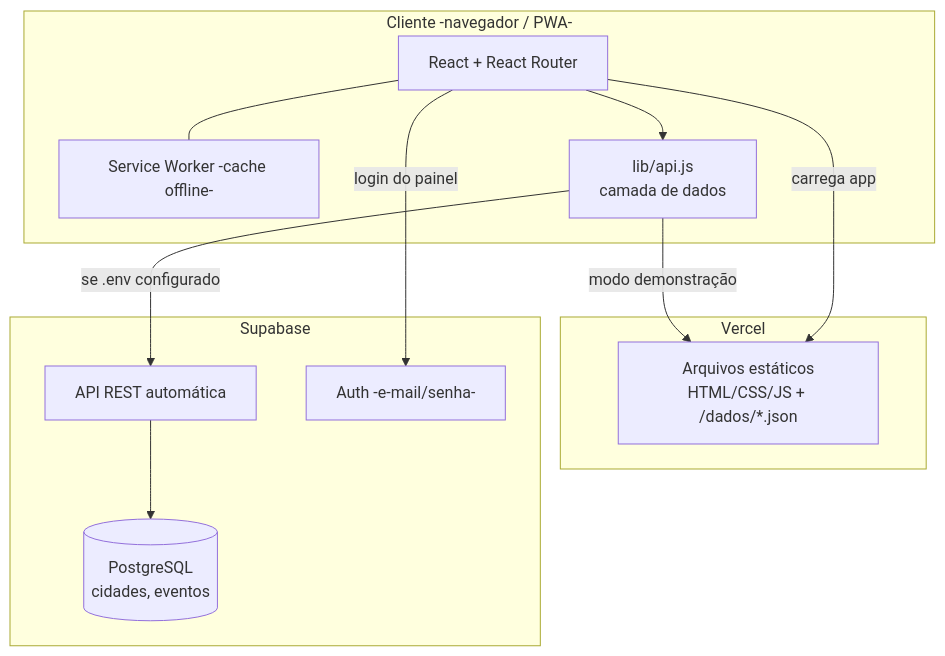
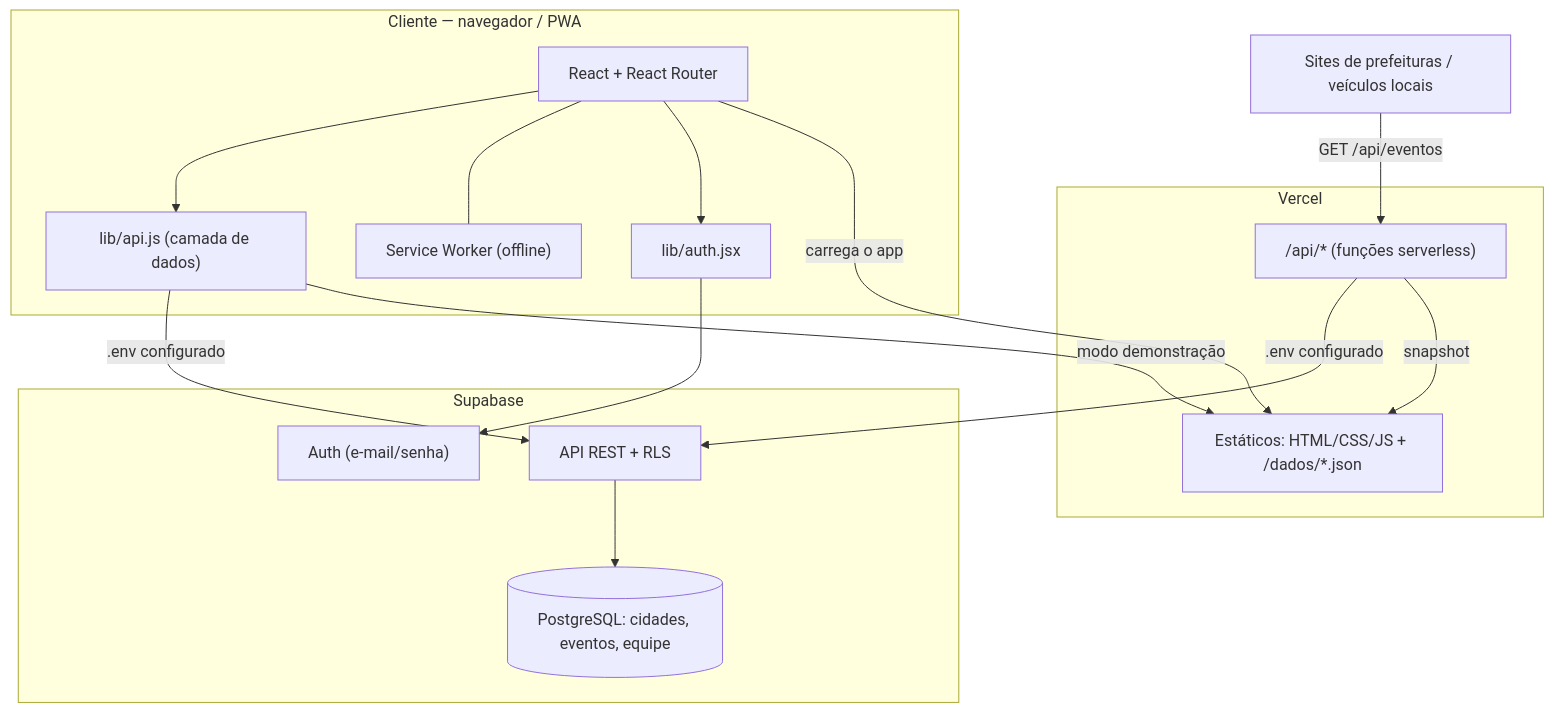
Before and after one commit to AndreiVDS/eventos-regiao: the first of 4 diagrams in docs/analise/arquitetura.md, drawn with Mermaid. The commit also changed other lines of this file and 4 other files, not shown here.

````diff
--- a/docs/analise/arquitetura.md
+++ b/docs/analise/arquitetura.md
@@ -7,26 +7,34 @@
 ```mermaid
 graph TD
-  subgraph Cliente -navegador / PWA-
-    UI[React + React Router]
-    SW[Service Worker -cache offline-]
-    API[lib/api.js<br/>camada de dados]
+  subgraph Cliente["Cliente — navegador / PWA"]
+    UI["React + React Router"]
+    SW["Service Worker (offline)"]
+    API["lib/api.js (camada de dados)"]
+    AUTHUI["lib/auth.jsx"]
     UI --> API
     UI --- SW
+    UI --> AUTHUI
   end
 
   subgraph Vercel
-    CDN[Arquivos estáticos<br/>HTML/CSS/JS + /dados/*.json]
+    CDN["Estáticos: HTML/CSS/JS + /dados/*.json"]
+    FN["/api/* (funções serverless)"]
   end
 
   subgraph Supabase
-    PG[(PostgreSQL<br/>cidades, eventos)]
-    REST[API REST automática]
-    AUTH[Auth -e-mail/senha-]
+    PG[("PostgreSQL: cidades, eventos, equipe")]
+    REST["API REST + RLS"]
+    AUTH["Auth (e-mail/senha)"]
     REST --> PG
   end
 
-  UI -->|carrega app| CDN
-  API -->|se .env configurado| REST
+  Terceiros["Sites de prefeituras / veículos locais"]
+
+  UI -->|carrega o app| CDN
+  API -->|.env configurado| REST
   API -->|modo demonstração| CDN
-  UI -->|login do painel| AUTH
+  AUTHUI --> AUTH
+  FN -->|.env configurado| REST
+  FN -->|snapshot| CDN
+  Terceiros -->|GET /api/eventos| FN
 ```
````
